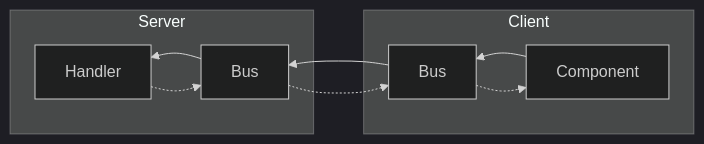
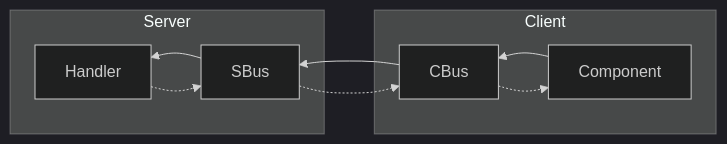
The second of 2 diagrams in Messages/Readme.md (ntrondo/HostedBlazorAppSkeleton), drawn with Mermaid (dark theme) before and after one commit. The commit also changed other lines of this file and 19 other files, not shown here.

````diff
--- a/Messages/Readme.md
+++ b/Messages/Readme.md
@@ -27,13 +27,13 @@
 ```mermaid
 flowchart RL
 subgraph Client
-    A[Component]-->B[Bus]
+    A[Component]-->B[CBus]
     B-.->A
     end
     subgraph Server
-    C[Bus]-->D[Handler]
+    C[SBus]-->D[Handler]
     D-.->C
     end
     B-->C
     C-.->B
 ```
````
